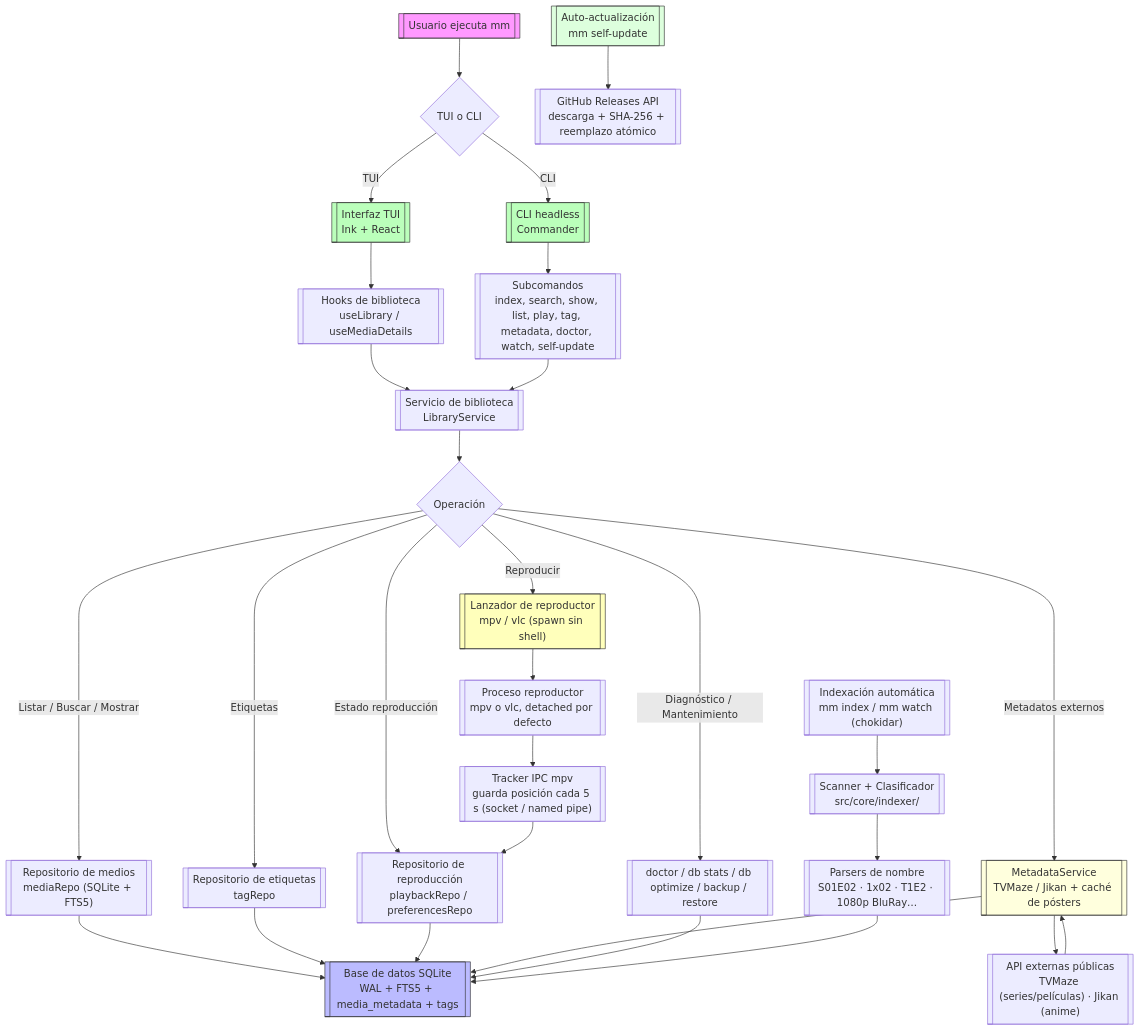
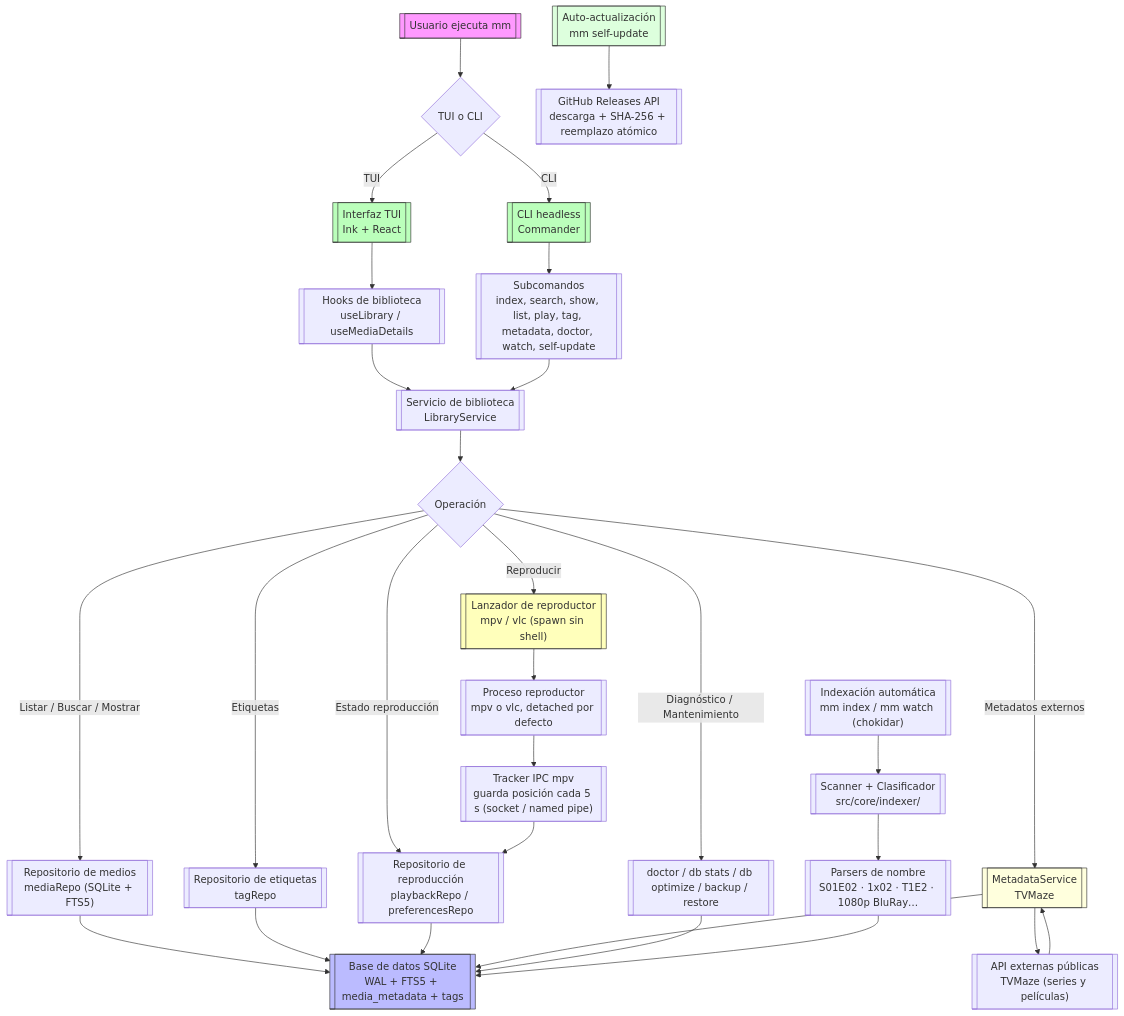
Before and after one commit to Angel-p-v/media-manager: the diagram in README.md, drawn with Mermaid. The commit also changed other lines of this file and 73 other files, not shown here.

First line of the commit message:
refactor: eliminar tipo anime y renderizado de pósters (#300)

````diff
--- a/README.md
+++ b/README.md
@@ -481,49 +446,49 @@
 ```mermaid
 flowchart TD
     A[["Usuario ejecuta mm"]] --> B{"TUI o CLI"}
 
     B -->|TUI| C[["Interfaz TUI<br/>Ink + React"]]
     B -->|CLI| D[["CLI headless<br/>Commander"]]
 
     C --> E[["Hooks de biblioteca<br/>useLibrary / useMediaDetails"]]
     D --> F[["Subcomandos<br/>index, search, show, list, play, tag, metadata, doctor, watch, self-update"]]
 
     E --> G[["Servicio de biblioteca<br/>LibraryService"]]
     F --> G
 
     G --> H{"Operación"}
 
     H -->|Listar / Buscar / Mostrar| I[["Repositorio de medios<br/>mediaRepo (SQLite + FTS5)"]]
     H -->|Reproducir| J[["Lanzador de reproductor<br/>mpv / vlc (spawn sin shell)"]]
     H -->|Etiquetas| K[["Repositorio de etiquetas<br/>tagRepo"]]
     H -->|Estado reproducción| L[["Repositorio de reproducción<br/>playbackRepo / preferencesRepo"]]
-    H -->|Metadatos externos| N[["MetadataService<br/>TVMaze / Jikan + caché de pósters"]]
+    H -->|Metadatos externos| N[["MetadataService<br/>TVMaze"]]
     H -->|Diagnóstico / Mantenimiento| O[["doctor / db stats / db optimize / backup / restore"]]
 
     I --> M[["Base de datos SQLite<br/>WAL + FTS5 + media_metadata + tags"]]
     J --> P[["Proceso reproductor<br/>mpv o vlc, detached por defecto"]]
     K --> M
     L --> M
     N --> M
     O --> M
 
     P --> Q[["Tracker IPC mpv<br/>guarda posición cada 5 s (socket / named pipe)"]]
     Q --> L
 
     R[["Indexación automática<br/>mm index / mm watch (chokidar)"]] --> S[["Scanner + Clasificador<br/>src/core/indexer/"]]
     S --> T[["Parsers de nombre<br/>S01E02 · 1x02 · T1E2 · 1080p BluRay…"]]
     T --> M
 
-    N --> U[["API externas públicas<br/>TVMaze (series/películas) · Jikan (anime)"]]
+    N --> U[["API externas públicas<br/>TVMaze (series y películas)"]]
     U --> N
 
     V[["Auto-actualización<br/>mm self-update"]] --> W[["GitHub Releases API<br/>descarga + SHA-256 + reemplazo atómico"]]
 
     style A fill:#f9f,stroke:#333
     style M fill:#bbf,stroke:#333
     style J fill:#ffb,stroke:#333
     style C fill:#bfb,stroke:#333
     style D fill:#bfb,stroke:#333
     style N fill:#ffd,stroke:#333
     style V fill:#dfd,stroke:#333
 ```
````
